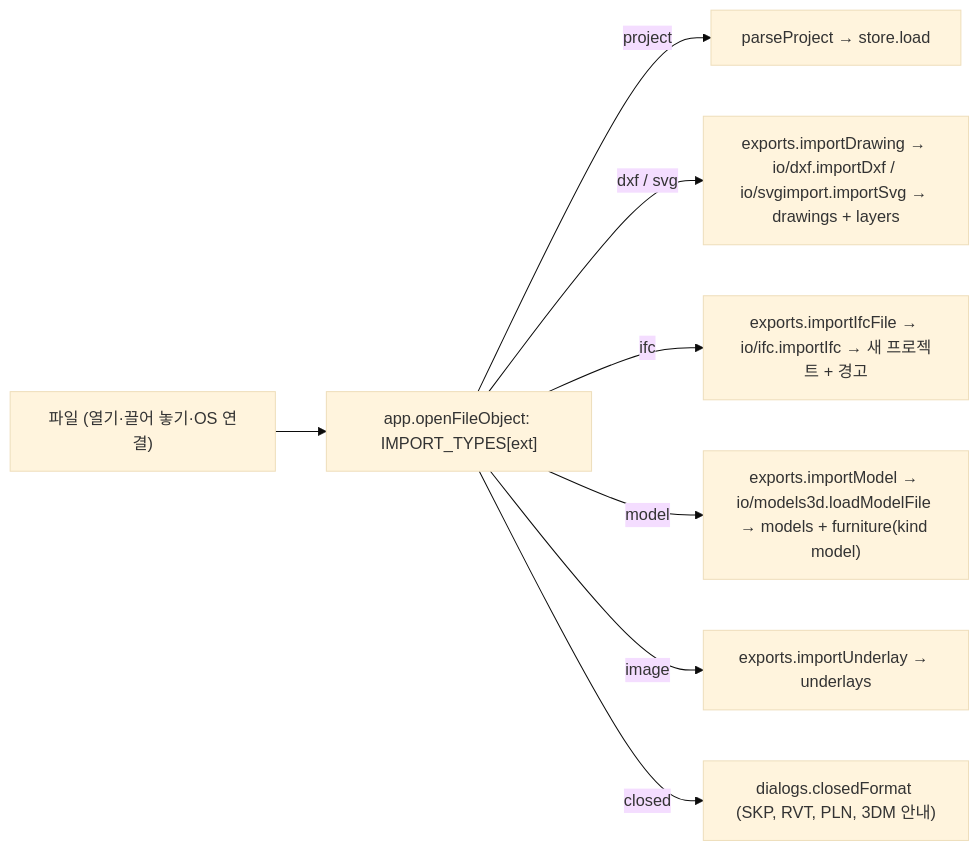
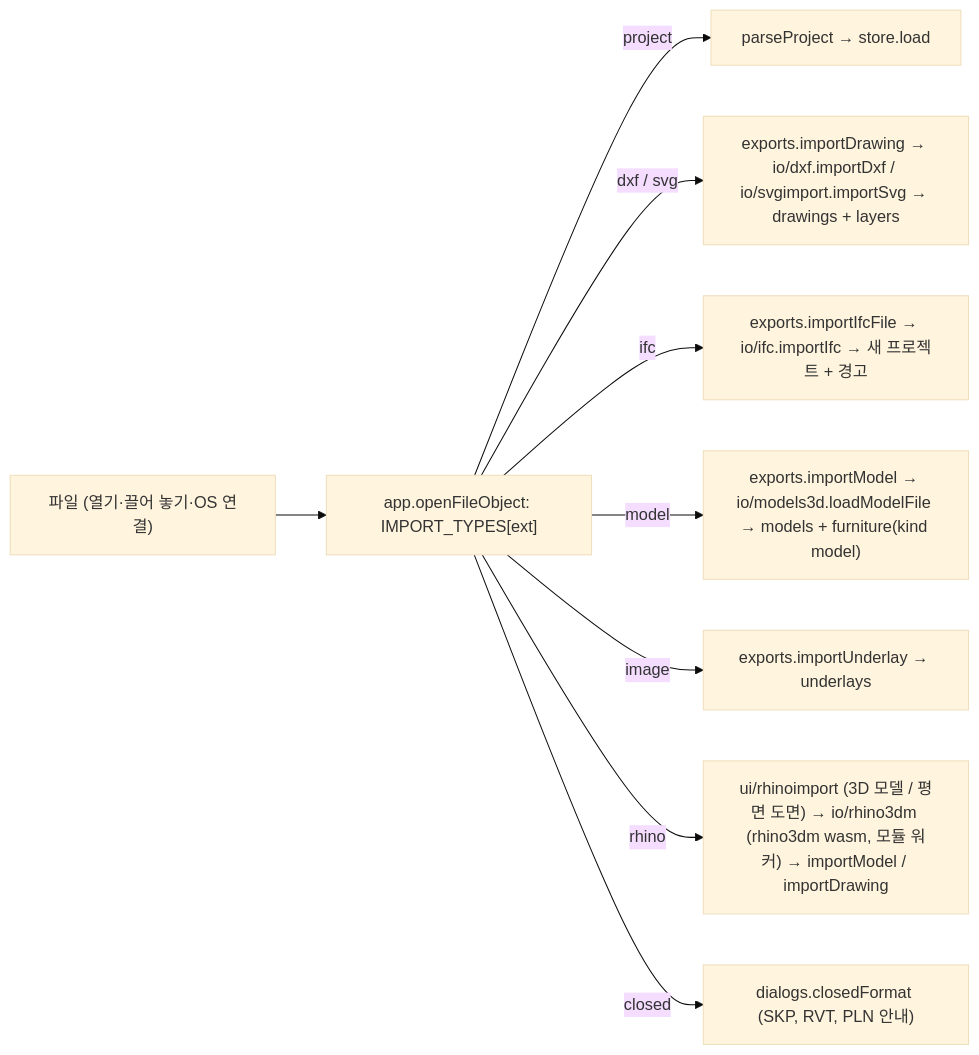
One commit to knix008/TestSimulator changed the third of 4 diagrams in MyArchitectureMultiOSV10/Architecture.md. Above: the diagram before and after it, drawn with Mermaid (base theme). The commit also changed other lines of this file and 167 other files, not shown here.

````diff
--- a/MyArchitectureMultiOSV10/Architecture.md
+++ b/MyArchitectureMultiOSV10/Architecture.md
@@ -290,10 +291,11 @@
 ```mermaid
 flowchart LR
   F["파일 (열기·끌어 놓기·OS 연결)"] --> O["app.openFileObject: IMPORT_TYPES[ext]"]
   O -- project --> L["parseProject → store.load"]
   O -- dxf / svg --> ID["exports.importDrawing → io/dxf.importDxf / io/svgimport.importSvg → drawings + layers"]
   O -- ifc --> II["exports.importIfcFile → io/ifc.importIfc → 새 프로젝트 + 경고"]
   O -- model --> IM["exports.importModel → io/models3d.loadModelFile → models + furniture(kind model)"]
   O -- image --> IU["exports.importUnderlay → underlays"]
-  O -- closed --> X["dialogs.closedFormat (SKP, RVT, PLN, 3DM 안내)"]
+  O -- rhino --> IR["ui/rhinoimport (3D 모델 / 평면 도면) → io/rhino3dm (rhino3dm wasm, 모듈 워커) → importModel / importDrawing"]
+  O -- closed --> X["dialogs.closedFormat (SKP, RVT, PLN 안내)"]
 ```
````
